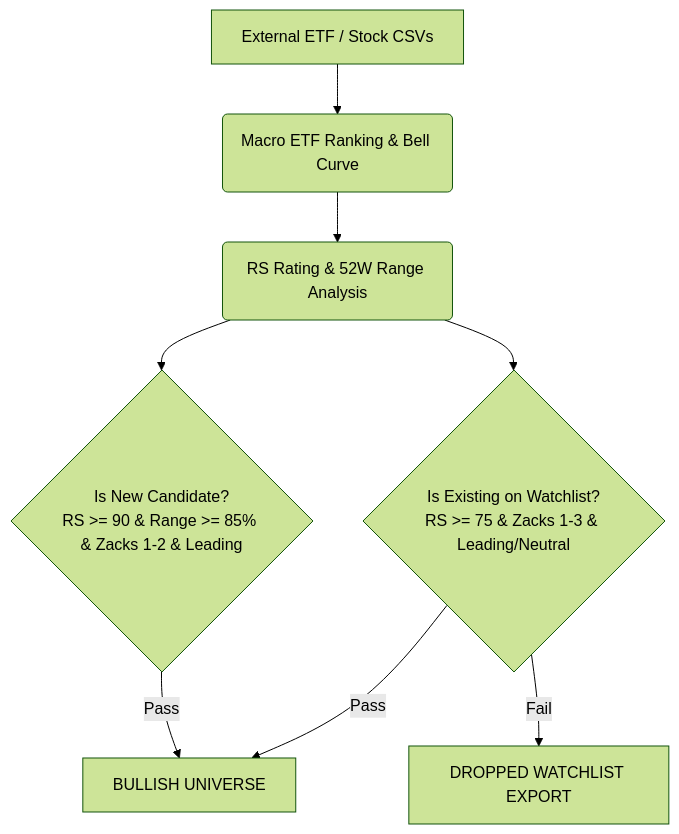
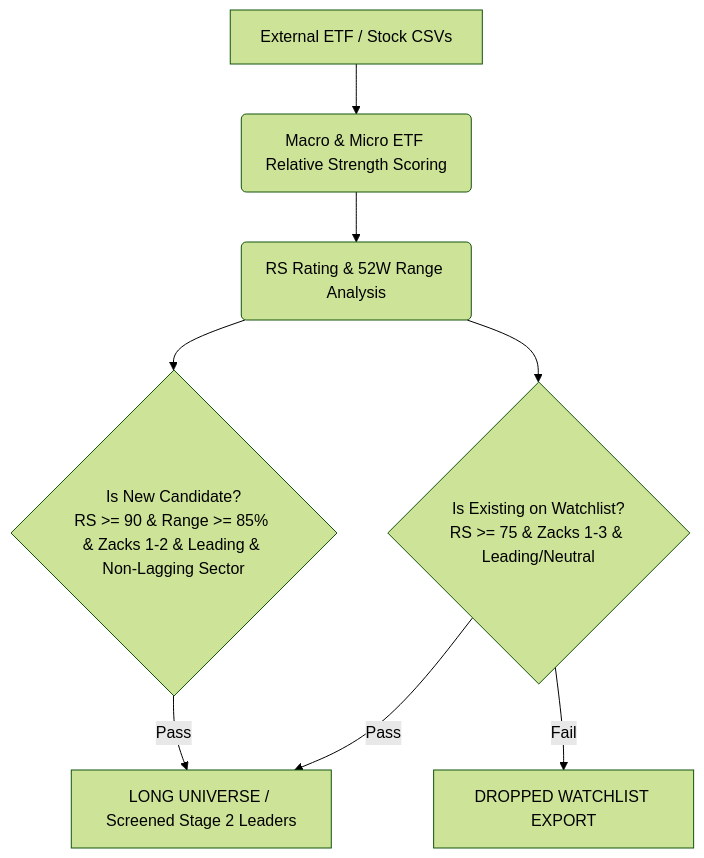
The diagram in docs/STOCK_LIFECYCLE.md (parimalrane/TABELA), drawn with Mermaid (forest theme) before and after one commit. The commit also changed other lines of this file and 4 other files, not shown here.

````diff
--- a/docs/STOCK_LIFECYCLE.md
+++ b/docs/STOCK_LIFECYCLE.md
@@ -9,17 +9,17 @@
 ```mermaid
 graph TD
     %% Base Data
-    Universe[External ETF / Stock CSVs] --> macro_score(Macro ETF Ranking & Bell Curve)
+    Universe[External ETF / Stock CSVs] --> macro_score(Macro & Micro ETF Relative Strength Scoring)
     macro_score --> stock_score(RS Rating & 52W Range Analysis)
     
     %% Engine Evaluation
-    stock_score --> get_in{"Is New Candidate?<br/>RS >= 90 & Range >= 85% & Zacks 1-2 & Leading"}
+    stock_score --> get_in{"Is New Candidate?<br/>RS >= 90 & Range >= 85% & Zacks 1-2 & Leading & Non-Lagging Sector"}
     stock_score --> stay_in{"Is Existing on Watchlist?<br/>RS >= 75 & Zacks 1-3 & Leading/Neutral"}
     
     %% Output
-    get_in -- Pass --> State_Long[BULLISH UNIVERSE]
+    get_in -- Pass --> State_Long[LONG UNIVERSE / Screened Stage 2 Leaders]
     stay_in -- Pass --> State_Long
     
     %% Exit
     stay_in -- Fail --> State_Dropped[DROPPED WATCHLIST EXPORT]
 ```
````
